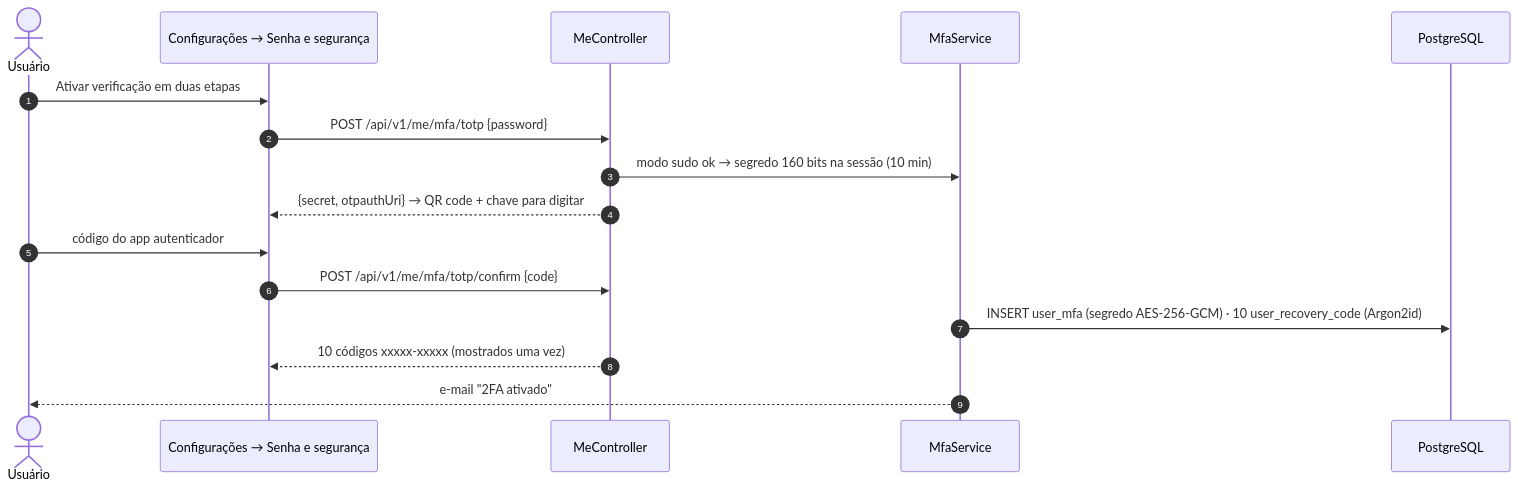
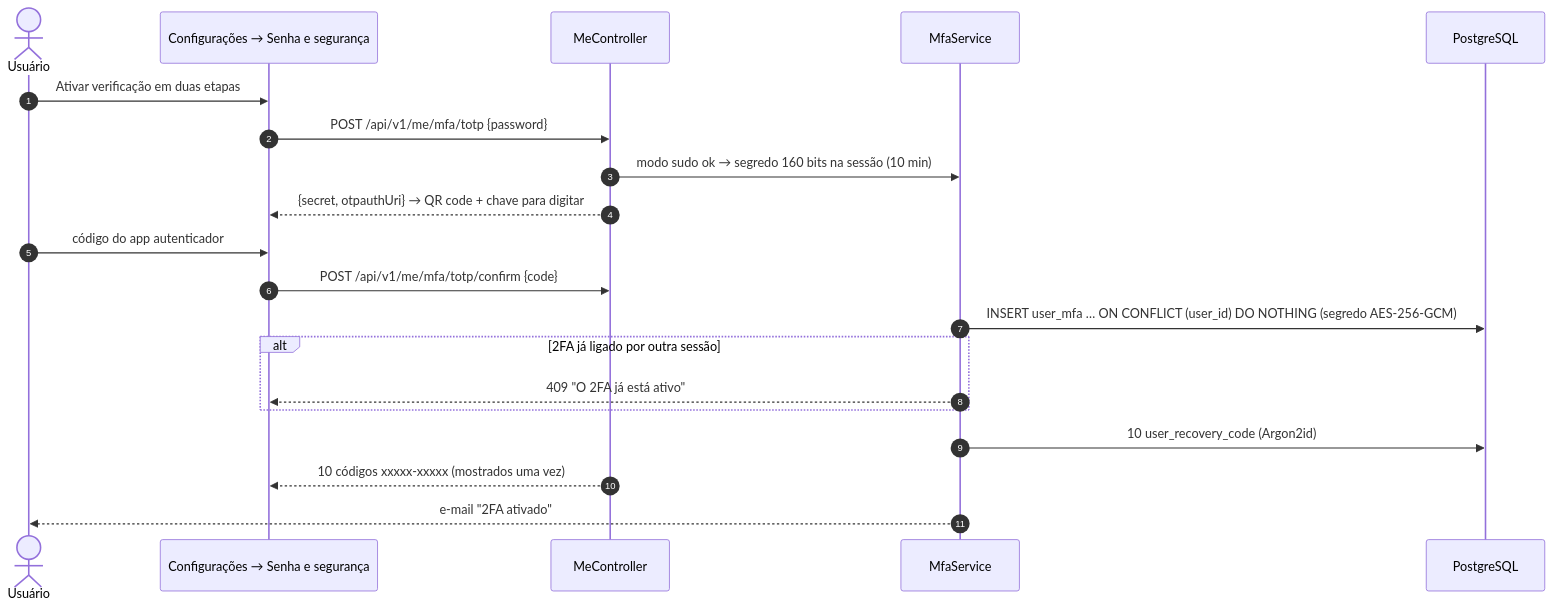
The fourth of 4 diagrams in docs/rf/RF27-autenticacao-sessao.md (MatheusHaliski/orange_social_velion), drawn with Mermaid before and after one commit. The commit also changed other lines of this file and 7 other files, not shown here.

````diff
--- a/docs/rf/RF27-autenticacao-sessao.md
+++ b/docs/rf/RF27-autenticacao-sessao.md
@@ -150,19 +158,23 @@
 ```mermaid
 sequenceDiagram
     autonumber
     actor U as Usuário
     participant APP as Configurações → Senha e segurança
     participant API as MeController
     participant M as MfaService
     participant DB as PostgreSQL
 
     U->>APP: Ativar verificação em duas etapas
     APP->>API: POST /api/v1/me/mfa/totp {password}
     API->>M: modo sudo ok → segredo 160 bits na sessão (10 min)
     API-->>APP: {secret, otpauthUri} → QR code + chave para digitar
     U->>APP: código do app autenticador
     APP->>API: POST /api/v1/me/mfa/totp/confirm {code}
-    M->>DB: INSERT user_mfa (segredo AES-256-GCM) · 10 user_recovery_code (Argon2id)
+    M->>DB: INSERT user_mfa … ON CONFLICT (user_id) DO NOTHING (segredo AES-256-GCM)
+    alt 2FA já ligado por outra sessão
+        M-->>APP: 409 "O 2FA já está ativo"
+    end
+    M->>DB: 10 user_recovery_code (Argon2id)
     API-->>APP: 10 códigos xxxxx-xxxxx (mostrados uma vez)
     M-->>U: e-mail "2FA ativado"
 ```
````
